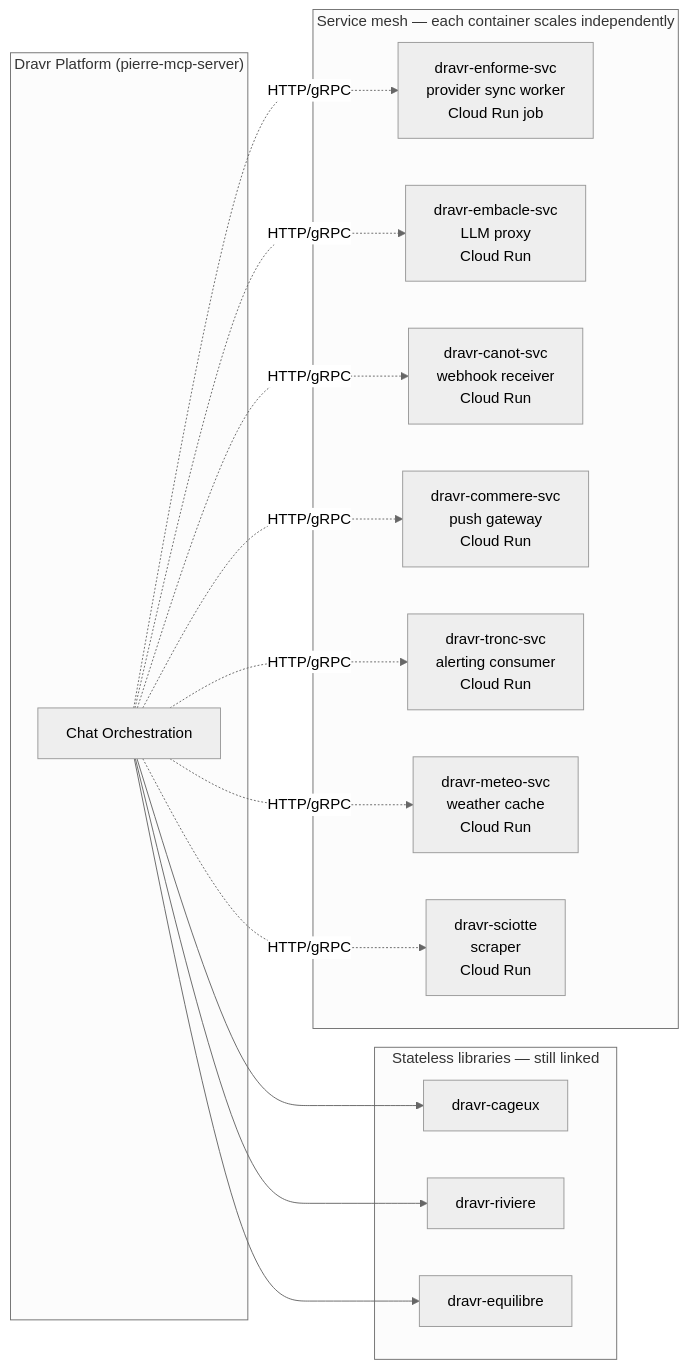
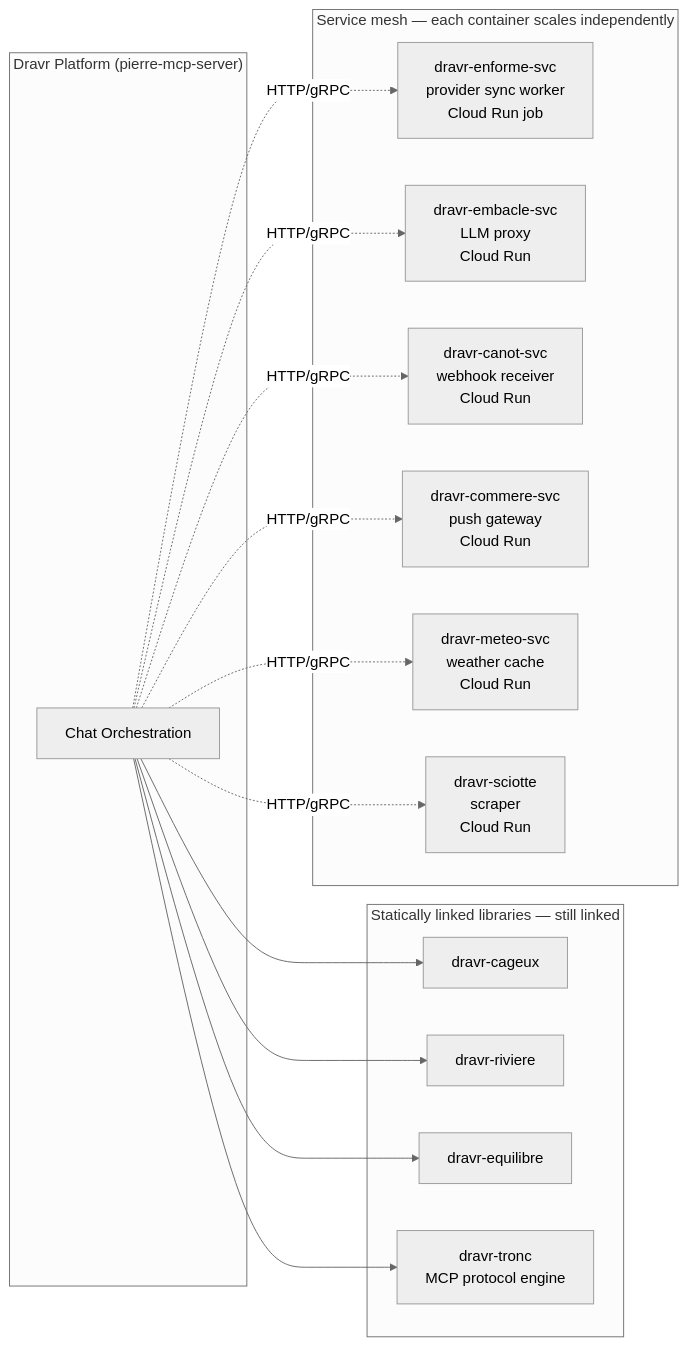
The second of 2 diagrams in README.md (dravr-ai/dravr-platform), drawn with Mermaid (neutral theme) before and after one commit. The commit also changed other lines of this file and 104 other files, not shown here.

````diff
--- a/README.md
+++ b/README.md
@@ -196,33 +196,33 @@
 ```mermaid
 graph LR
     subgraph platform["Dravr Platform (pierre-mcp-server)"]
         ORCH[Chat Orchestration]
     end
 
-    subgraph libs["Stateless libraries — still linked"]
+    subgraph libs["Statically linked libraries — still linked"]
         CAGEUX[dravr-cageux]
         RIVIERE[dravr-riviere]
         EQUILIBRE[dravr-equilibre]
+        TRONC[dravr-tronc<br/>MCP protocol engine]
     end
 
     subgraph mesh["Service mesh — each container scales independently"]
         ENFORME_SVC[dravr-enforme-svc<br/>provider sync worker<br/>Cloud Run job]
         EMBACLE_SVC[dravr-embacle-svc<br/>LLM proxy<br/>Cloud Run]
         CANOT_SVC[dravr-canot-svc<br/>webhook receiver<br/>Cloud Run]
         COMMERE_SVC[dravr-commere-svc<br/>push gateway<br/>Cloud Run]
-        TRONC_SVC[dravr-tronc-svc<br/>alerting consumer<br/>Cloud Run]
         METEO_SVC[dravr-meteo-svc<br/>weather cache<br/>Cloud Run]
         SCIOTTE[dravr-sciotte<br/>scraper<br/>Cloud Run]
     end
 
     ORCH --> CAGEUX
     ORCH --> RIVIERE
     ORCH --> EQUILIBRE
+    ORCH --> TRONC
     ORCH -.HTTP/gRPC.-> ENFORME_SVC
     ORCH -.HTTP/gRPC.-> EMBACLE_SVC
     ORCH -.HTTP/gRPC.-> CANOT_SVC
     ORCH -.HTTP/gRPC.-> COMMERE_SVC
-    ORCH -.HTTP/gRPC.-> TRONC_SVC
     ORCH -.HTTP/gRPC.-> METEO_SVC
     ORCH -.HTTP/gRPC.-> SCIOTTE
 ```
````
